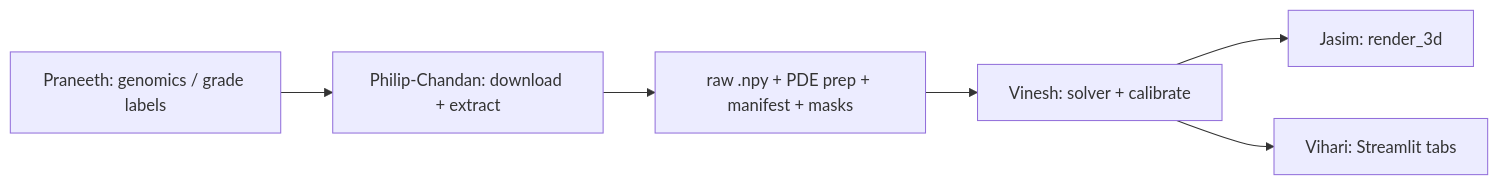
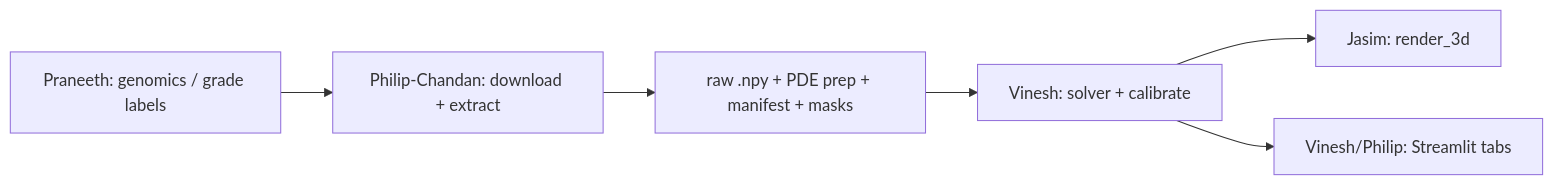
Before and after one commit to praneethmandalapu/QBIHack: the second of 2 diagrams in brain-cancer-sim/simulation-vinesh-philip-chandan/philip-chandan/PLAN.md, drawn with Mermaid. The commit also changed other lines of this file and 27 other files, not shown here.

First line of the commit message:
Remove Vihari from project; reassign role to Vinesh (LLM) and Philip (systems)

````diff
--- a/brain-cancer-sim/simulation-vinesh-philip-chandan/philip-chandan/PLAN.md
+++ b/brain-cancer-sim/simulation-vinesh-philip-chandan/philip-chandan/PLAN.md
@@ -256,8 +256,8 @@
 ```mermaid
 flowchart LR
     P[Praneeth: genomics / grade labels] --> PC[Philip-Chandan: download + extract]
     PC --> NPY[raw .npy + PDE prep + manifest + masks]
     NPY --> V[Vinesh: solver + calibrate]
     V --> J[Jasim: render_3d]
-    V --> UI[Vihari: Streamlit tabs]
+    V --> UI[Vinesh/Philip: Streamlit tabs]
 ```
````
